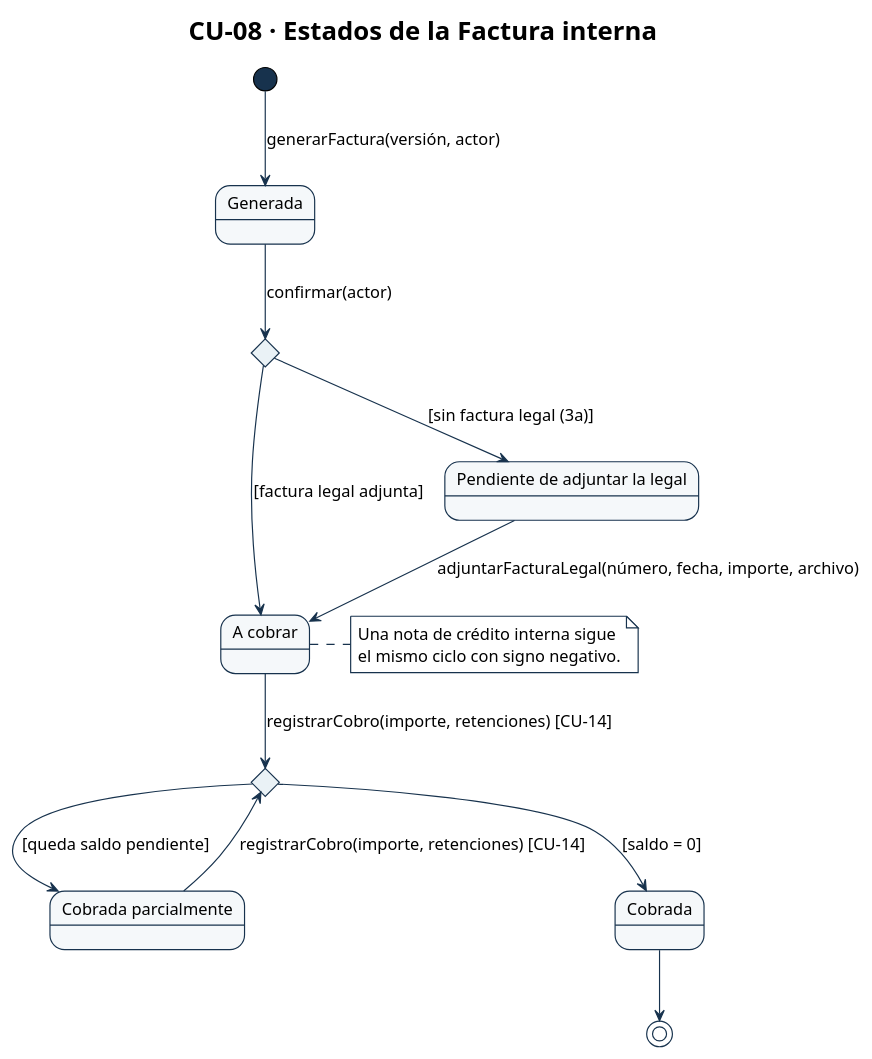
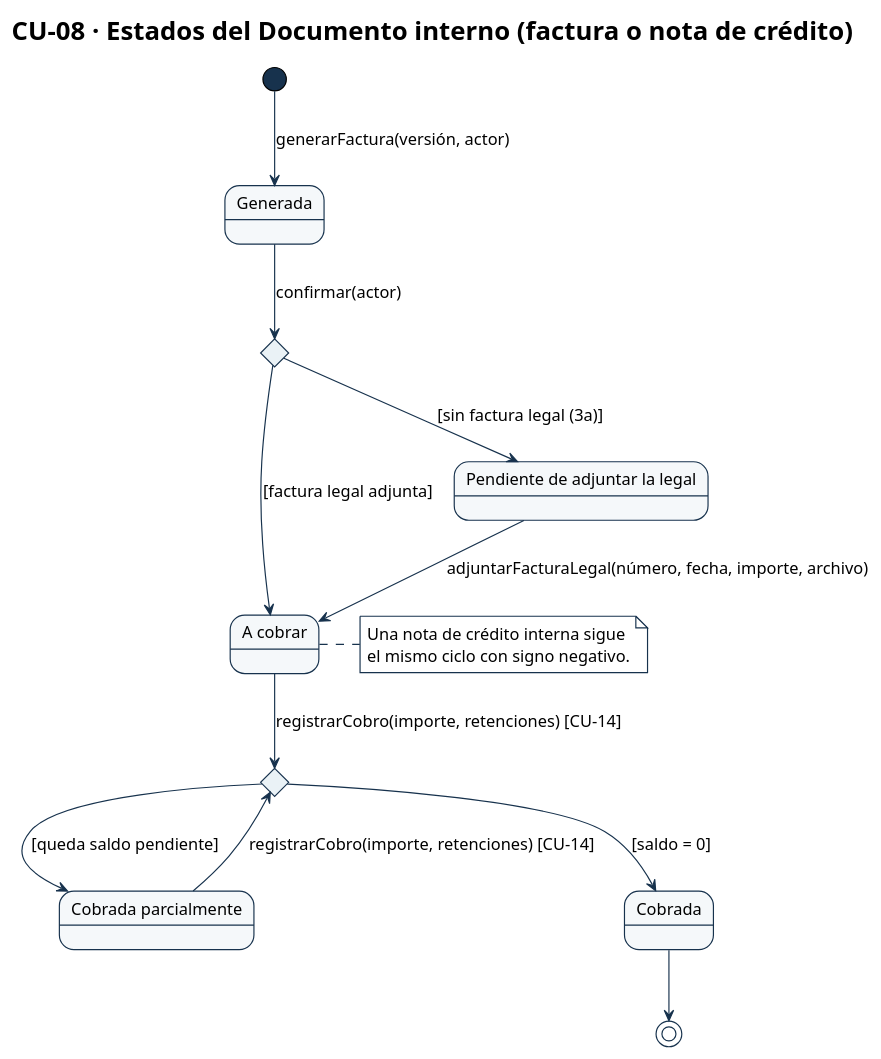
One commit to Ssrrb/tpf-uca changed the diagram in diagramas/CU-08-estados.puml. Above: the diagram before and after it, drawn with PlantUML. The commit also changed 9 other files, not shown here.

```diff
--- a/diagramas/CU-08-estados.puml
+++ b/diagramas/CU-08-estados.puml
@@ -1,59 +1,59 @@
 @startuml
 !theme plain
 skinparam style strictuml
 skinparam shadowing false
 skinparam defaultFontName Arial
 skinparam defaultFontSize 14
 skinparam ArrowColor #17324D
 skinparam activity {
   StartColor #17324D
   EndColor #17324D
   BarColor #17324D
   BackgroundColor #F5F8FA
   BorderColor #17324D
   DiamondBackgroundColor #EAF2F6
   DiamondBorderColor #17324D
 }
 skinparam swimlane {
   BorderColor #17324D
   TitleBackgroundColor #EAF2F6
 }
 skinparam state {
   StartColor #17324D
   EndColor #17324D
   BackgroundColor #F5F8FA
   BorderColor #17324D
 }
 skinparam package {
   BackgroundColor #EAF2F6
   BorderColor #17324D
 }
 skinparam note {
   BackgroundColor #FFFFFF
   BorderColor #17324D
 }
-title CU-08 · Estados de la Factura interna
+title CU-08 · Estados del Documento interno (factura o nota de crédito)
 state confirmacion <<choice>>
 state cobro <<choice>>
 state "Generada" as generada
 state "Pendiente de adjuntar la legal" as pendiente_de_adjuntar
 state "A cobrar" as a_cobrar
 state "Cobrada parcialmente" as cobrada_parcial
 state "Cobrada" as cobrada
 
 [*] --> generada : generarFactura(versión, actor)
 generada --> confirmacion : confirmar(actor)
 confirmacion --> pendiente_de_adjuntar : [sin factura legal (3a)]
 confirmacion --> a_cobrar : [factura legal adjunta]
 pendiente_de_adjuntar --> a_cobrar : adjuntarFacturaLegal(número, fecha, importe, archivo)
 a_cobrar --> cobro : registrarCobro(importe, retenciones) [CU-14]
 cobrada_parcial --> cobro : registrarCobro(importe, retenciones) [CU-14]
 cobro --> cobrada_parcial : [queda saldo pendiente]
 cobro --> cobrada : [saldo = 0]
 cobrada --> [*]
 
 note right of a_cobrar
   Una nota de crédito interna sigue
   el mismo ciclo con signo negativo.
 end note
 @enduml
```
